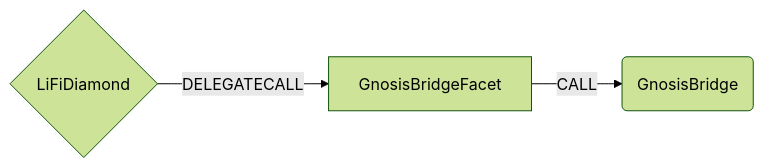
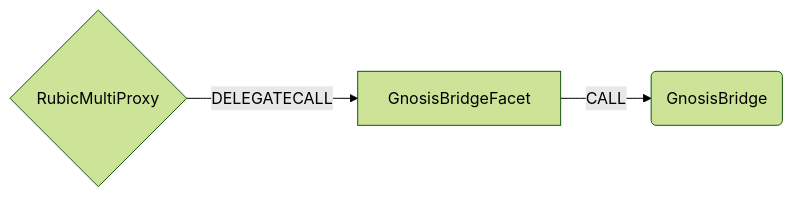
The diagram in docs/GnosisBridgeFacet.md (Cryptorubic/multi-proxy-rubic), drawn with Mermaid (forest theme) before and after one commit. The commit also changed other lines of this file and 82 other files, not shown here.

Commit message:
rename to Rubic and change IRubic.BridgeData.integrator type

````diff
--- a/docs/GnosisBridgeFacet.md
+++ b/docs/GnosisBridgeFacet.md
@@ -7,5 +7,5 @@
 ```mermaid
 graph LR;
-    D{LiFiDiamond}-- DELEGATECALL -->GnosisBridgeFacet;
+    D{RubicMultiProxy}-- DELEGATECALL -->GnosisBridgeFacet;
     GnosisBridgeFacet -- CALL --> G(GnosisBridge)
 ```
````
